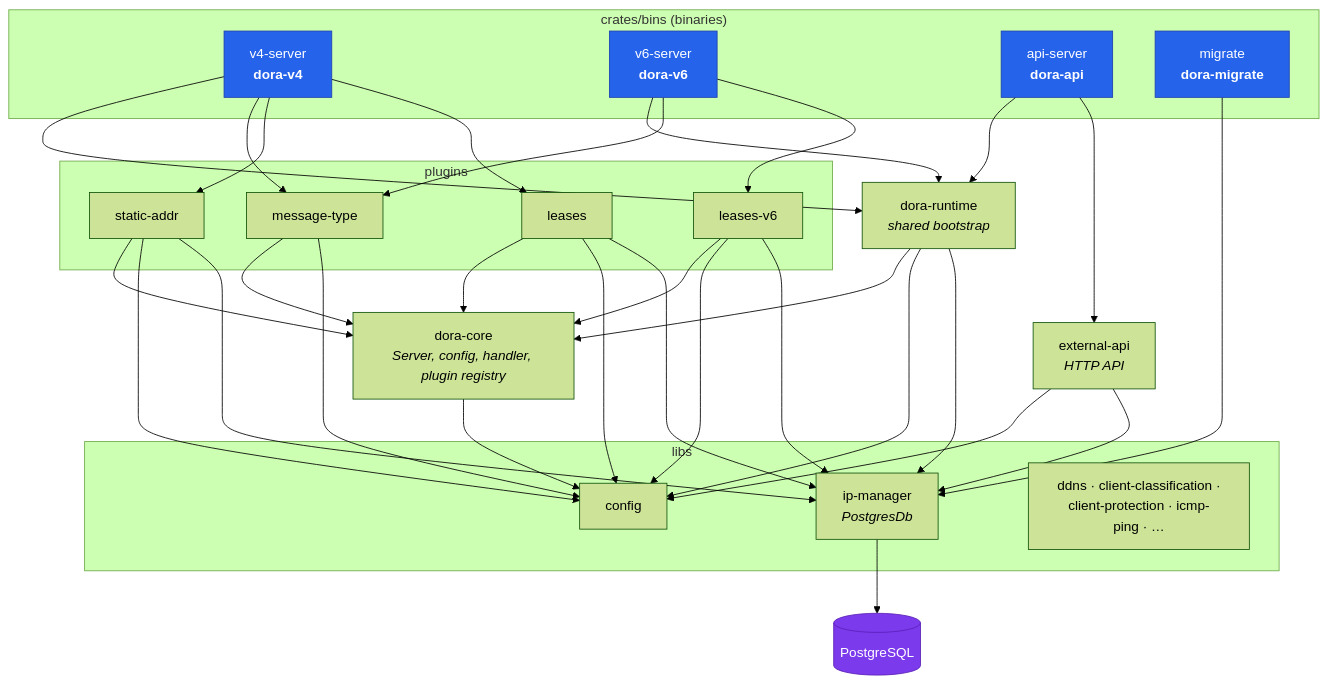
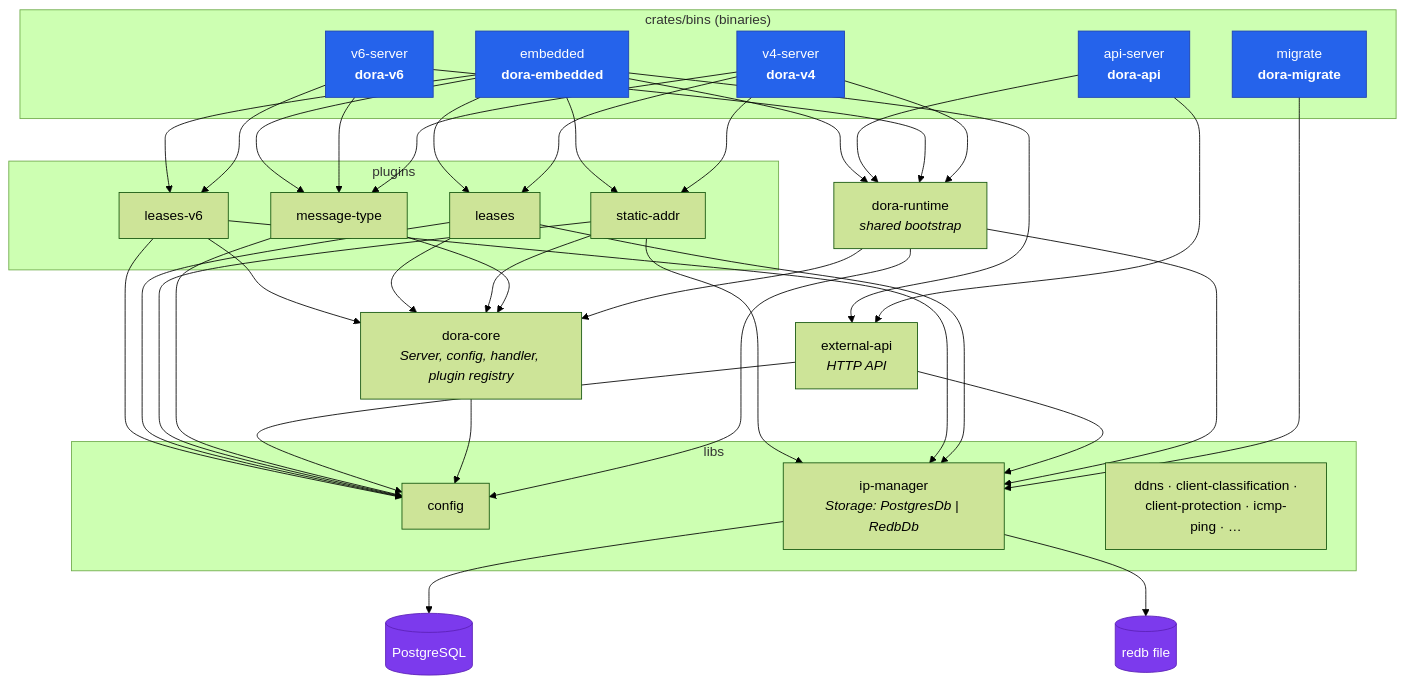
Before and after one commit to 192d-Wing/dora: the first of 6 diagrams in docs/architecture.md, drawn with Mermaid (forest theme). The commit also changed other lines of this file and 9 other files, not shown here.

First line of the commit message:
ci,docs: build and publish usg-dora-embedded; embedded deployment docs

````diff
--- a/docs/architecture.md
+++ b/docs/architecture.md
@@ -30,43 +34,46 @@
 ```mermaid
 graph TD
     subgraph bins["crates/bins (binaries)"]
         V4["v4-server<br/><b>dora-v4</b>"]
         V6["v6-server<br/><b>dora-v6</b>"]
         API["api-server<br/><b>dora-api</b>"]
         MIG["migrate<br/><b>dora-migrate</b>"]
+        EMB["embedded<br/><b>dora-embedded</b>"]
     end
 
     RT["dora-runtime<br/><i>shared bootstrap</i>"]
     CORE["dora-core<br/><i>Server, config, handler, plugin registry</i>"]
     EXT["external-api<br/><i>HTTP API</i>"]
 
     subgraph plugins["plugins"]
         MT["message-type"]
         SA["static-addr"]
         LE["leases"]
         LE6["leases-v6"]
     end
 
     subgraph libs["libs"]
         CFG["config"]
-        IPM["ip-manager<br/><i>PostgresDb</i>"]
+        IPM["ip-manager<br/><i>Storage: PostgresDb | RedbDb</i>"]
         MISC["ddns · client-classification ·<br/>client-protection · icmp-ping · …"]
     end
 
     V4 --> RT & MT & SA & LE
     V6 --> RT & MT & LE6
     API --> RT & EXT
     MIG --> IPM
+    EMB --> RT & EXT & MT & SA & LE & LE6
 
     RT --> CORE & CFG & IPM
     CORE --> CFG
     EXT --> CFG & IPM
     MT & SA & LE & LE6 --> CORE & CFG
     LE & LE6 & SA --> IPM
     IPM --> PG[("PostgreSQL")]
+    IPM --> RDB[("redb file")]
 
     classDef bin fill:#2563eb,stroke:#1e40af,color:#fff;
     classDef store fill:#7c3aed,stroke:#5b21b6,color:#fff;
-    class V4,V6,API,MIG bin;
-    class PG store;
+    class V4,V6,API,MIG,EMB bin;
+    class PG,RDB store;
 ```
````
